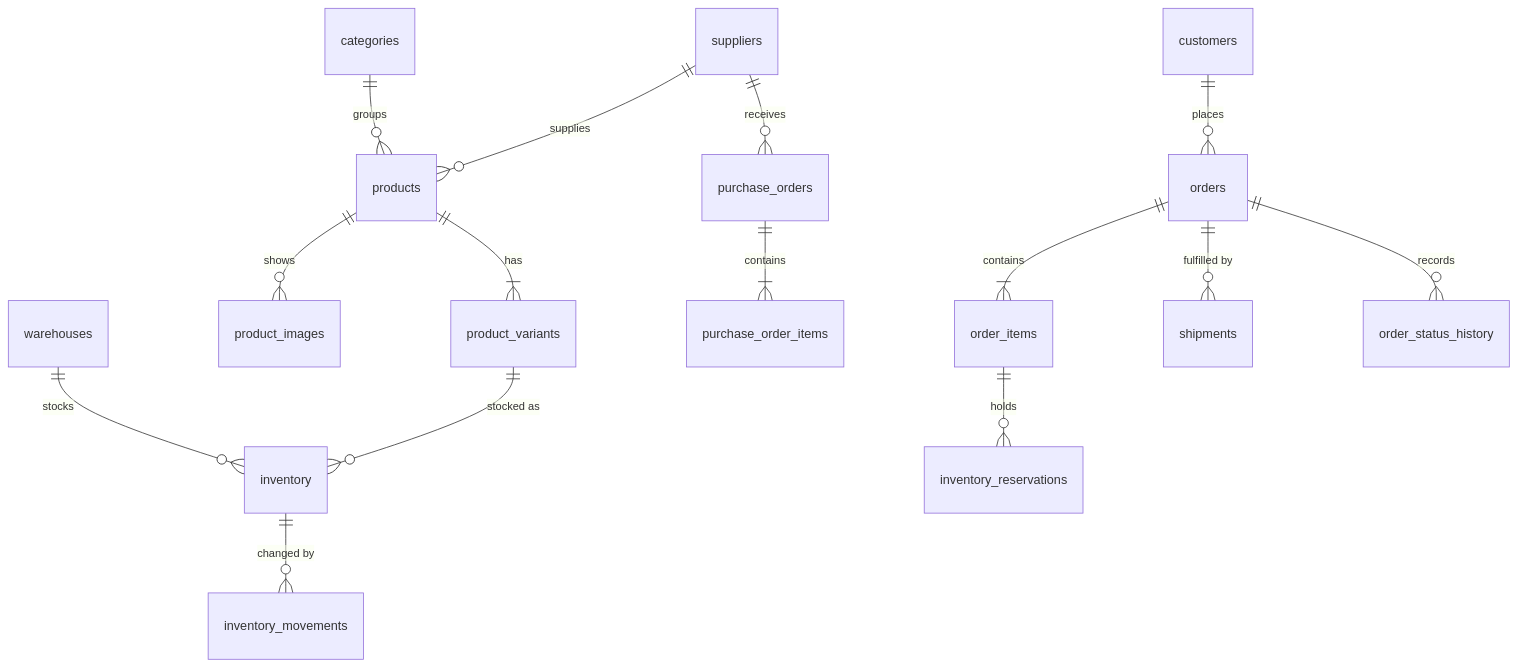
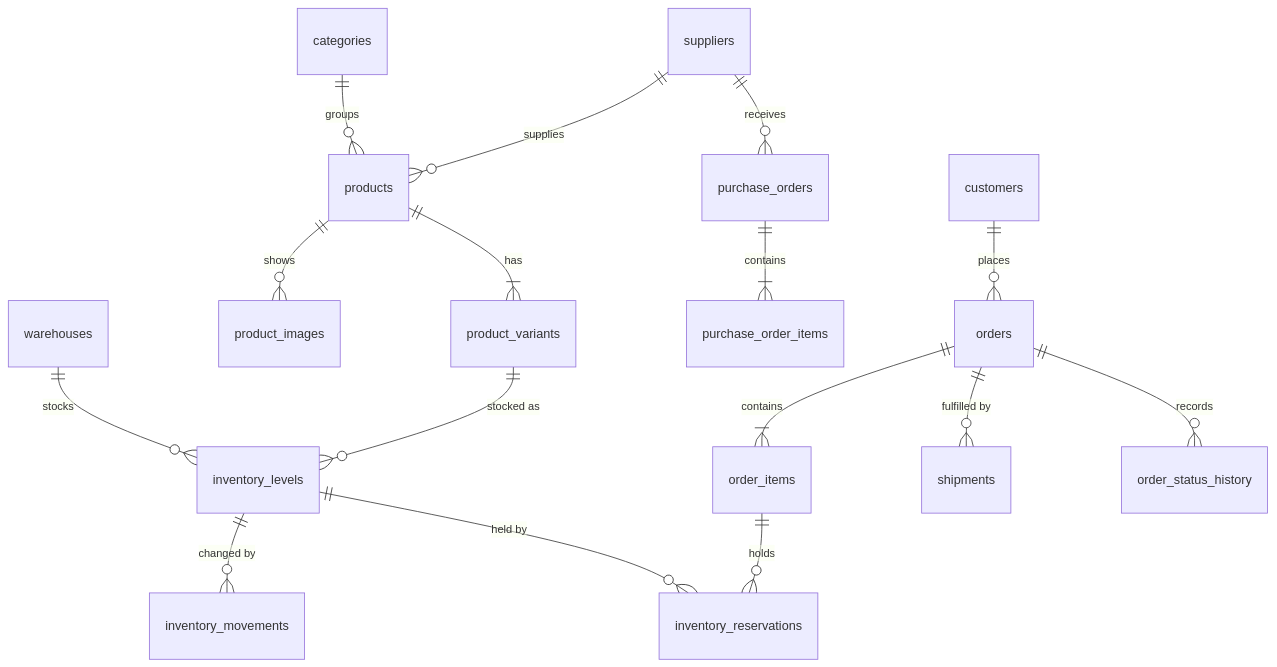
The second of 2 diagrams in ARCHITECTURE.md (rahmanmostafijur/solmira), drawn with Mermaid before and after one commit. The commit also changed other lines of this file and 56 other files, not shown here.

Commit message:
feat: implement inventory ledger, transfers and reservations

````diff
--- a/ARCHITECTURE.md
+++ b/ARCHITECTURE.md
@@ -171,17 +188,18 @@
 ```mermaid
 erDiagram
   categories ||--o{ products : groups
   suppliers ||--o{ products : supplies
   products ||--|{ product_variants : has
   products ||--o{ product_images : shows
-  warehouses ||--o{ inventory : stocks
-  product_variants ||--o{ inventory : "stocked as"
-  inventory ||--o{ inventory_movements : "changed by"
+  warehouses ||--o{ inventory_levels : stocks
+  product_variants ||--o{ inventory_levels : "stocked as"
+  inventory_levels ||--o{ inventory_movements : "changed by"
+  inventory_levels ||--o{ inventory_reservations : "held by"
   suppliers ||--o{ purchase_orders : receives
   purchase_orders ||--|{ purchase_order_items : contains
   customers ||--o{ orders : places
   orders ||--|{ order_items : contains
   order_items ||--o{ inventory_reservations : holds
   orders ||--o{ shipments : "fulfilled by"
   orders ||--o{ order_status_history : records
 ```
````
